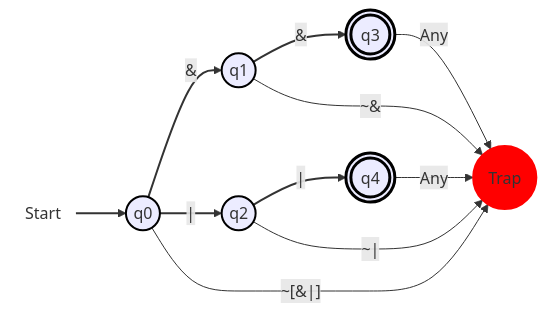
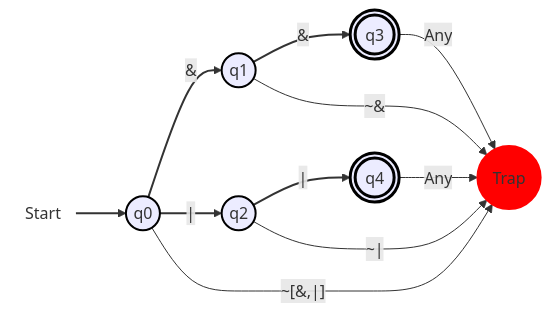
Before and after one commit to CS-Tiny-Compiler/a-tiny-compiler: the ninth of 9 diagrams in docs/DFA.md, drawn with Mermaid. The commit also changed other lines of this file and 1 other file, not shown here.

````diff
--- a/docs/DFA.md
+++ b/docs/DFA.md
@@ -294,22 +298,22 @@
 ```mermaid
 flowchart LR
   start(((Start))):::startNode --> q0(("q0")):::normal
   q0 --> |#38;| q1(("q1")):::normal
   q1 --> |#38;| q3((("q3"))):::finalState
   q0 --> |#124;| q2(("q2")):::normal
   q2 --> |#124;| q4((("q4"))):::finalState
-  q0 --> |"~[#38;#124;]"| trap((("Trap"))):::trap
+  q0 --> |"~[#38;,#124;]"| trap((("Trap"))):::trap
   q1 --> |"~#38;"| trap((("Trap"))):::trap
   q2 --> |"~#124;"| trap((("Trap"))):::trap
   q3 --> |"Any"| trap((("Trap"))):::trap
   q4 --> |"Any"| trap((("Trap"))):::trap
- 
+
 
   classDef startNode fill:none,stroke:none;
   classDef normal stroke:#000,stroke-width:2px;
   classDef finalState stroke:#000,stroke-width:3px;
   classDef trap fill:#f00,stroke:#f00,stroke-width:2px;
 
   linkStyle 0 stroke-width:2px;
   linkStyle 1,2,3,4 stroke:#333,stroke-width:2px,fill:none;
 ```
````
